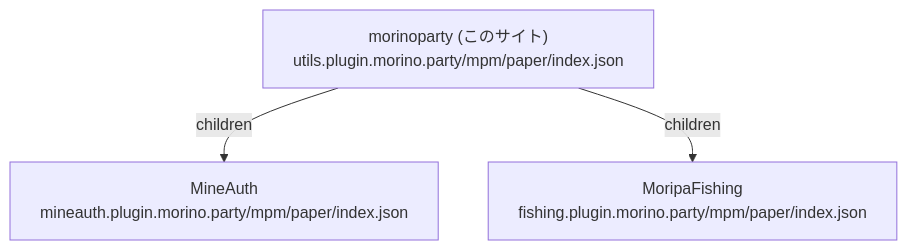
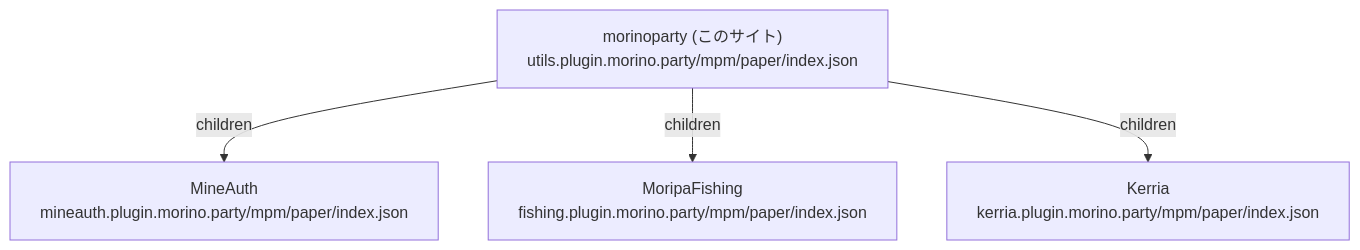
One commit to morinoparty/moripa-utils changed the diagram in docs/content/docs/(admin)/mpm-repository/index.mdx. Above: the diagram before and after it, drawn with Mermaid. The commit also changed other lines of this file and 4 other files, not shown here.

Commit message:
🔗 Link Kerria's own mpm repository via children (#48)

````diff
--- a/docs/content/docs/(admin)/mpm-repository/index.mdx
+++ b/docs/content/docs/(admin)/mpm-repository/index.mdx
@@ -42,9 +42,11 @@
 ```mermaid
 graph TD
     morinoparty["morinoparty (このサイト)<br/>utils.plugin.morino.party/mpm/paper/index.json"]
     mineauth["MineAuth<br/>mineauth.plugin.morino.party/mpm/paper/index.json"]
     fishing["MoripaFishing<br/>fishing.plugin.morino.party/mpm/paper/index.json"]
+    kerria["Kerria<br/>kerria.plugin.morino.party/mpm/paper/index.json"]
 
     morinoparty -->|children| mineauth
     morinoparty -->|children| fishing
+    morinoparty -->|children| kerria
 ```
````
